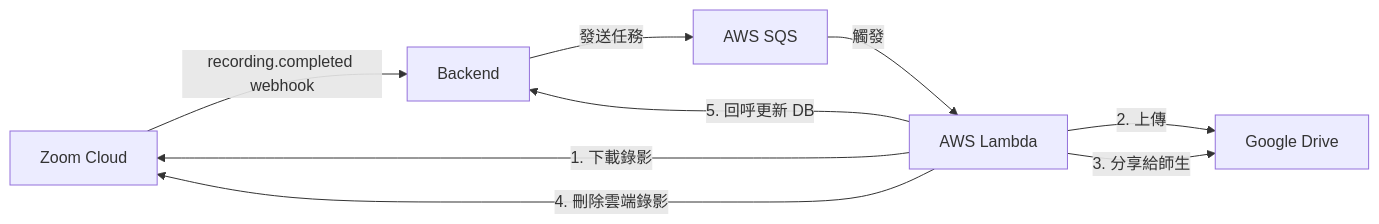
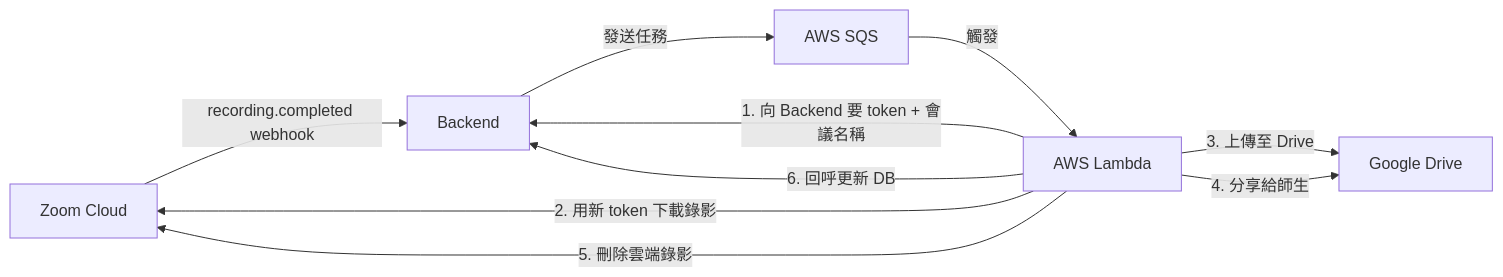
The first of 7 diagrams in docs/zoom-recording-to-drive.md (d56845684/EOP), drawn with Mermaid before and after one commit. The commit also changed other lines of this file and 18 other files, not shown here.

First line of the commit message:
feat: Zoom 錄影轉 Google Drive 完整功能

````diff
--- a/docs/zoom-recording-to-drive.md
+++ b/docs/zoom-recording-to-drive.md
@@ -7,11 +13,12 @@
 ```mermaid
 flowchart LR
     Z[Zoom Cloud] -->|recording.completed webhook| B[Backend]
     B -->|發送任務| SQS[AWS SQS]
     SQS -->|觸發| L[AWS Lambda]
-    L -->|1. 下載錄影| Z
-    L -->|2. 上傳| GD[Google Drive]
-    L -->|3. 分享給師生| GD
-    L -->|4. 刪除雲端錄影| Z
-    L -->|5. 回呼更新 DB| B
+    L -->|1. 向 Backend 要 token + 會議名稱| B
+    L -->|2. 用新 token 下載錄影| Z
+    L -->|3. 上傳至 Drive| GD[Google Drive]
+    L -->|4. 分享給師生| GD
+    L -->|5. 刪除雲端錄影| Z
+    L -->|6. 回呼更新 DB| B
 ```
````
